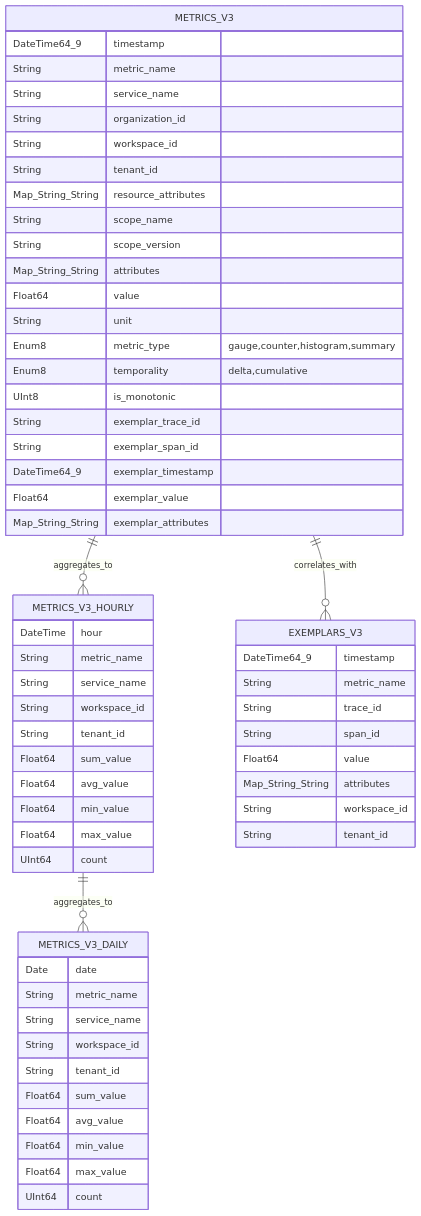
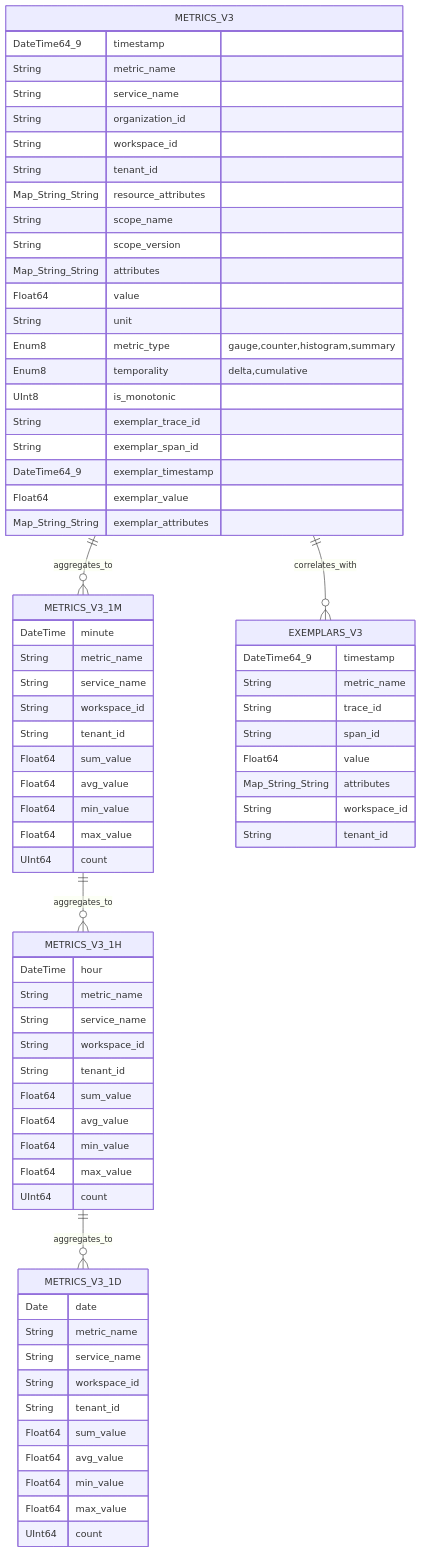
Before and after one commit to telemetryflow/telemetryflow-overview: the eighth of 22 diagrams in shared/DATABASE-SCHEMA.md, drawn with Mermaid. The commit also changed other lines of this file and 68 other files, not shown here.

````diff
--- a/shared/DATABASE-SCHEMA.md
+++ b/shared/DATABASE-SCHEMA.md
@@ -477,66 +484,80 @@
 ```mermaid
 erDiagram
-    METRICS_V3 ||--o{ METRICS_V3_HOURLY : aggregates_to
-    METRICS_V3_HOURLY ||--o{ METRICS_V3_DAILY : aggregates_to
+    METRICS_V3 ||--o{ METRICS_V3_1M : aggregates_to
+    METRICS_V3_1M ||--o{ METRICS_V3_1H : aggregates_to
+    METRICS_V3_1H ||--o{ METRICS_V3_1D : aggregates_to
     METRICS_V3 ||--o{ EXEMPLARS_V3 : correlates_with
 
     METRICS_V3 {
         DateTime64_9 timestamp
         String metric_name
         String service_name
         String organization_id
         String workspace_id
         String tenant_id
         Map_String_String resource_attributes
         String scope_name
         String scope_version
         Map_String_String attributes
         Float64 value
         String unit
         Enum8 metric_type "gauge,counter,histogram,summary"
         Enum8 temporality "delta,cumulative"
         UInt8 is_monotonic
         String exemplar_trace_id
         String exemplar_span_id
         DateTime64_9 exemplar_timestamp
         Float64 exemplar_value
         Map_String_String exemplar_attributes
     }
 
-    METRICS_V3_HOURLY {
+    METRICS_V3_1M {
+        DateTime minute
+        String metric_name
+        String service_name
+        String workspace_id
+        String tenant_id
+        Float64 sum_value
+        Float64 avg_value
+        Float64 min_value
+        Float64 max_value
+        UInt64 count
+    }
+
+    METRICS_V3_1H {
         DateTime hour
         String metric_name
         String service_name
         String workspace_id
         String tenant_id
         Float64 sum_value
         Float64 avg_value
         Float64 min_value
         Float64 max_value
         UInt64 count
     }
 
-    METRICS_V3_DAILY {
+    METRICS_V3_1D {
         Date date
         String metric_name
         String service_name
         String workspace_id
         String tenant_id
         Float64 sum_value
         Float64 avg_value
         Float64 min_value
         Float64 max_value
         UInt64 count
     }
 
     EXEMPLARS_V3 {
         DateTime64_9 timestamp
         String metric_name
         String trace_id
         String span_id
         Float64 value
         Map_String_String attributes
         String workspace_id
         String tenant_id
     }
 ```
````
